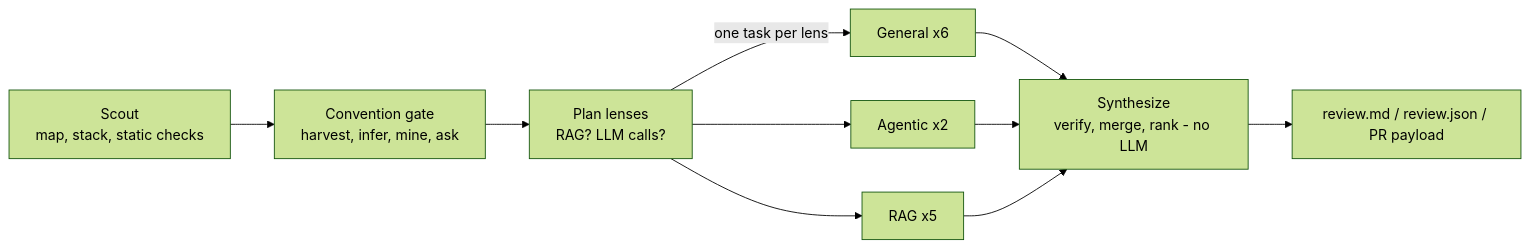
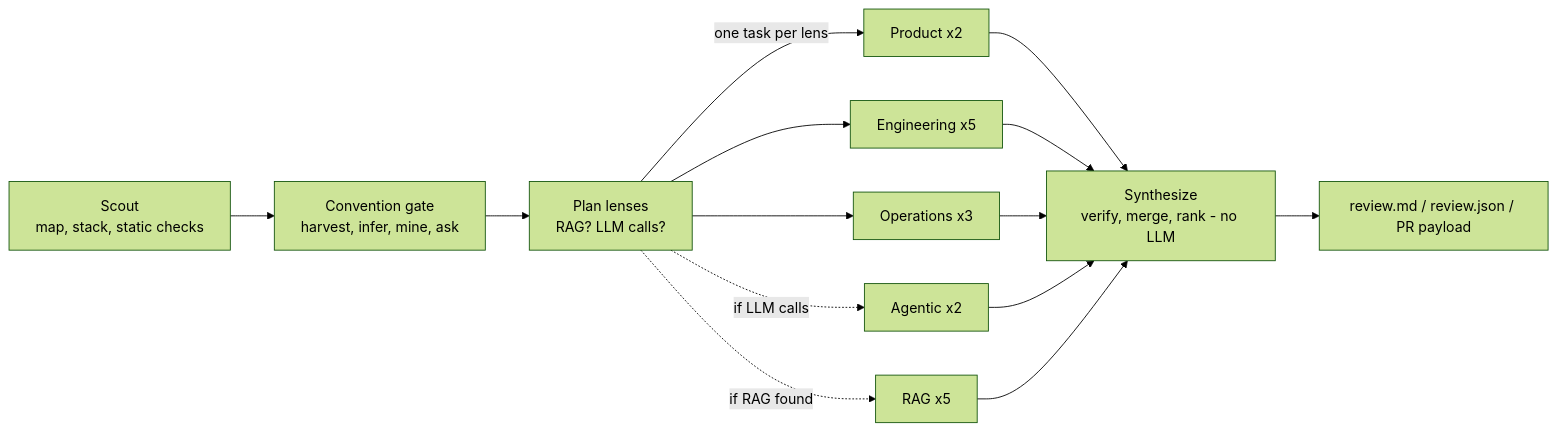
One commit to niranjani23/agentic-ai-projects changed the diagram in code-review-agents/README.md. Above: the diagram before and after it, drawn with Mermaid (forest theme). The commit also changed other lines of this file and 21 other files, not shown here.

First line of the commit message:
Broaden the review beyond RAG: engineering-quality dimension and structure metrics

````diff
--- a/code-review-agents/README.md
+++ b/code-review-agents/README.md
@@ -13,10 +18,12 @@
 ```mermaid
 flowchart LR
   S[Scout<br/>map, stack, static checks] --> G[Convention gate<br/>harvest, infer, mine, ask]
   G --> P[Plan lenses<br/>RAG? LLM calls?]
-  P -->|one task per lens| L1[General x6]
-  P --> L2[Agentic x2]
-  P --> L3[RAG x5]
-  L1 & L2 & L3 --> Y[Synthesize<br/>verify, merge, rank - no LLM]
+  P -->|one task per lens| L0[Product x2]
+  P --> L1[Engineering x5]
+  P --> L4[Operations x3]
+  P -.if LLM calls.-> L2[Agentic x2]
+  P -.if RAG found.-> L3[RAG x5]
+  L0 & L1 & L4 & L2 & L3 --> Y[Synthesize<br/>verify, merge, rank - no LLM]
   Y --> O[review.md / review.json / PR payload]
 ```
````
